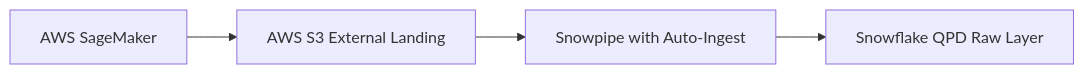
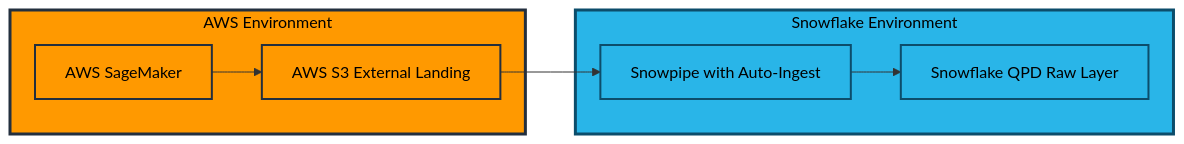
One commit to sfc-gh-mhindi/REPO_CBA changed diagram 13 of 22 in 15-BB-QPD Future State/QPD - Future State.md. Above: the diagram before and after it, drawn with Mermaid. The commit also changed other lines of this file, not shown here.

Commit message:
Update QPD - Future State.md

````diff
--- a/15-BB-QPD Future State/QPD - Future State.md
+++ b/15-BB-QPD Future State/QPD - Future State.md
@@ -649,6 +784,23 @@
 ```mermaid
 graph LR
-    SageMaker[AWS SageMaker] --> S3_Landing[AWS S3 External Landing]
-    S3_Landing --> Snowpipe[Snowpipe with Auto-Ingest]
-    Snowpipe --> SF_Raw[Snowflake QPD Raw Layer]
+    subgraph AWS["AWS Environment"]
+        SageMaker[AWS SageMaker]
+        S3_Landing[AWS S3 External Landing]
+    end
+    
+    subgraph Snowflake["Snowflake Environment"]
+        Snowpipe[Snowpipe with Auto-Ingest]
+        SF_Raw[Snowflake QPD Raw Layer]
+    end
+    
+    SageMaker --> S3_Landing
+    S3_Landing --> Snowpipe
+    Snowpipe --> SF_Raw
+    
+    style AWS fill:#ff9900,stroke:#232f3e,stroke-width:3px,color:#000
+    style Snowflake fill:#29b5e8,stroke:#0c4d6b,stroke-width:3px,color:#000
+    style SageMaker fill:#ff9900,stroke:#232f3e,stroke-width:2px,color:#000
+    style S3_Landing fill:#ff9900,stroke:#232f3e,stroke-width:2px,color:#000
+    style Snowpipe fill:#29b5e8,stroke:#0c4d6b,stroke-width:2px,color:#000
+    style SF_Raw fill:#29b5e8,stroke:#0c4d6b,stroke-width:2px,color:#000
 ```
````
